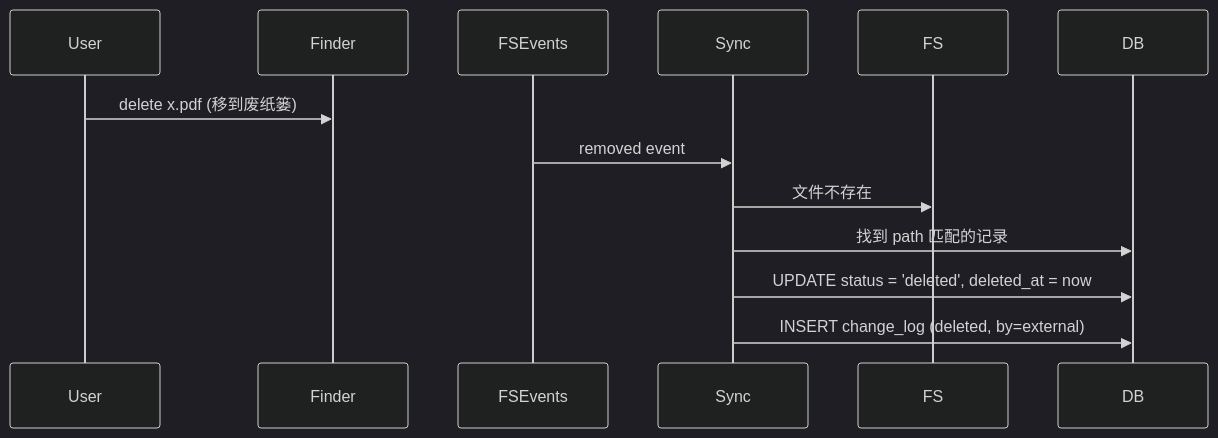
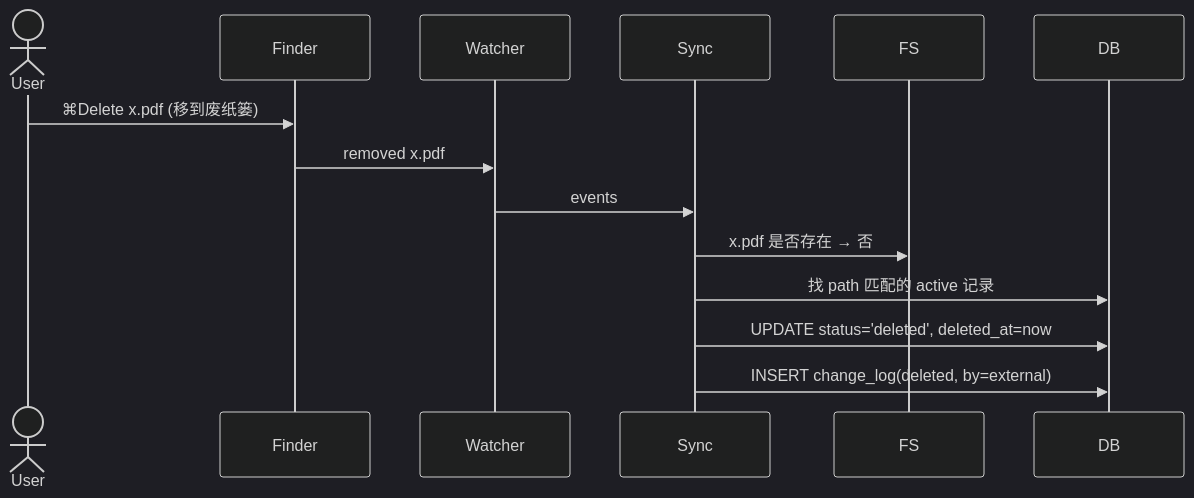
Before and after one commit to AreaSong/AreaMatrix: the fifth of 13 diagrams in docs/architecture/source-of-truth.md, drawn with Mermaid (dark theme). The commit also changed other lines of this file and 18 other files, not shown here.

````diff
--- a/docs/architecture/source-of-truth.md
+++ b/docs/architecture/source-of-truth.md
@@ -108,9 +201,14 @@
 ```mermaid
 sequenceDiagram
-    User->>Finder: delete x.pdf (移到废纸篓)
-    FSEvents->>Sync: removed event
-    Sync->>FS: 文件不存在
-    Sync->>DB: 找到 path 匹配的记录
-    Sync->>DB: UPDATE status = 'deleted', deleted_at = now
-    Sync->>DB: INSERT change_log (deleted, by=external)
+    actor User
+    participant Finder
+    participant Watcher
+    participant Sync
+    User->>Finder: ⌘Delete x.pdf (移到废纸篓)
+    Finder->>Watcher: removed x.pdf
+    Watcher->>Sync: events
+    Sync->>FS: x.pdf 是否存在 → 否
+    Sync->>DB: 找 path 匹配的 active 记录
+    Sync->>DB: UPDATE status='deleted', deleted_at=now
+    Sync->>DB: INSERT change_log(deleted, by=external)
 ```
````
